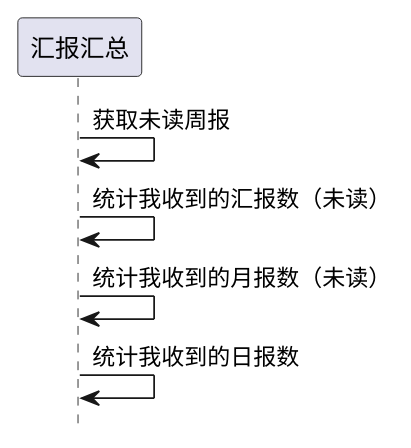
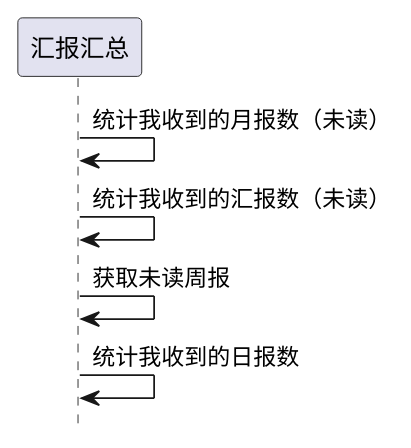
Before and after one commit to zj335841911/nt_chandao: the second of 2 diagrams in ibizpms-docs/src/main/doc/v1/module/report/IbzReport_old.md, drawn with PlantUML. The commit also changed other lines of this file and 2125 other files, not shown here.

```diff
--- a/ibizpms-docs/src/main/doc/v1/module/report/IbzReport_old.md
+++ b/ibizpms-docs/src/main/doc/v1/module/report/IbzReport_old.md
@@ -126,8 +126,8 @@
 {% plantuml %}
 hide footbox
 
+汇报汇总 -> 汇报汇总: 统计我收到的月报数（未读）
+汇报汇总 -> 汇报汇总: 统计我收到的汇报数（未读）
 汇报汇总 -> 汇报汇总: 获取未读周报
-汇报汇总 -> 汇报汇总: 统计我收到的汇报数（未读）
-汇报汇总 -> 汇报汇总: 统计我收到的月报数（未读）
 汇报汇总 -> 汇报汇总: 统计我收到的日报数
 {% endplantuml %}
```
